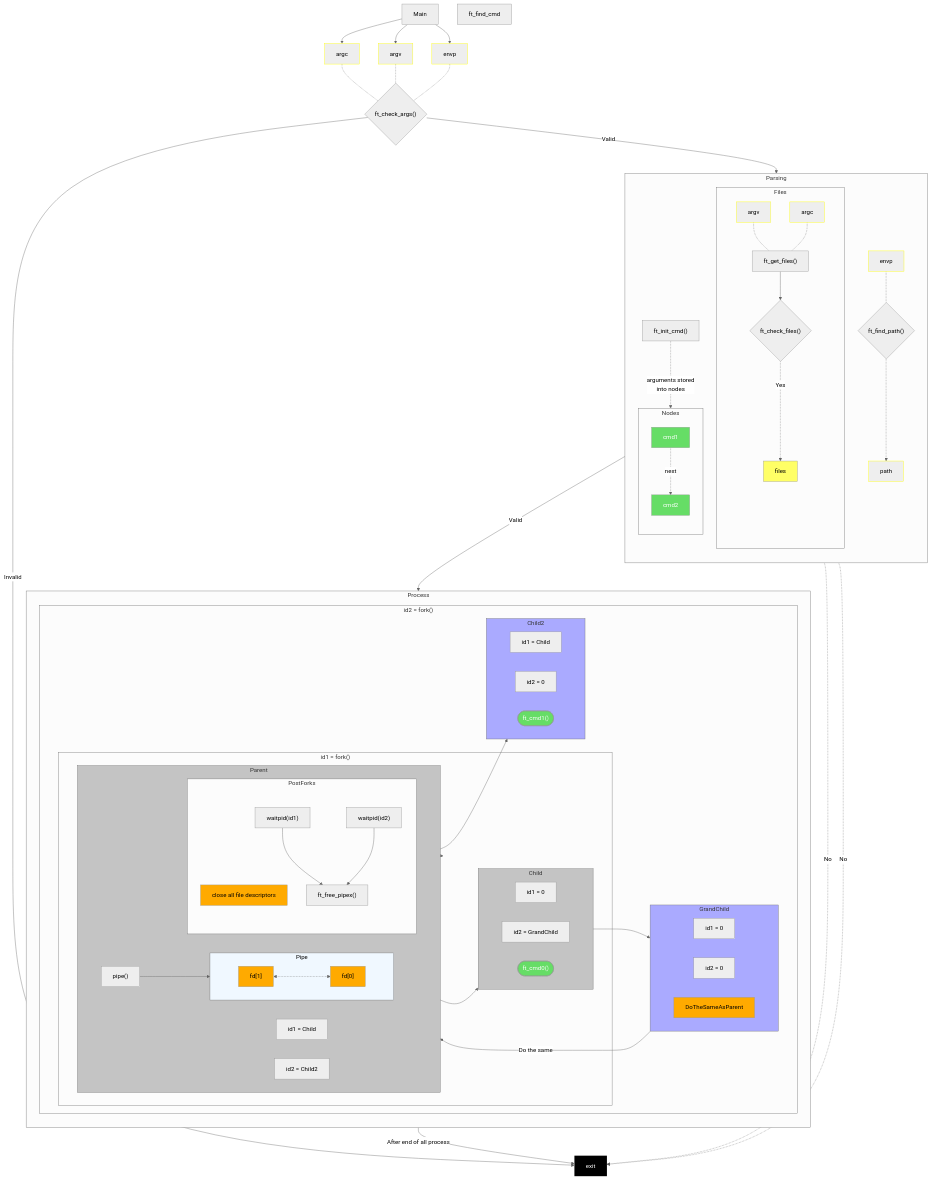
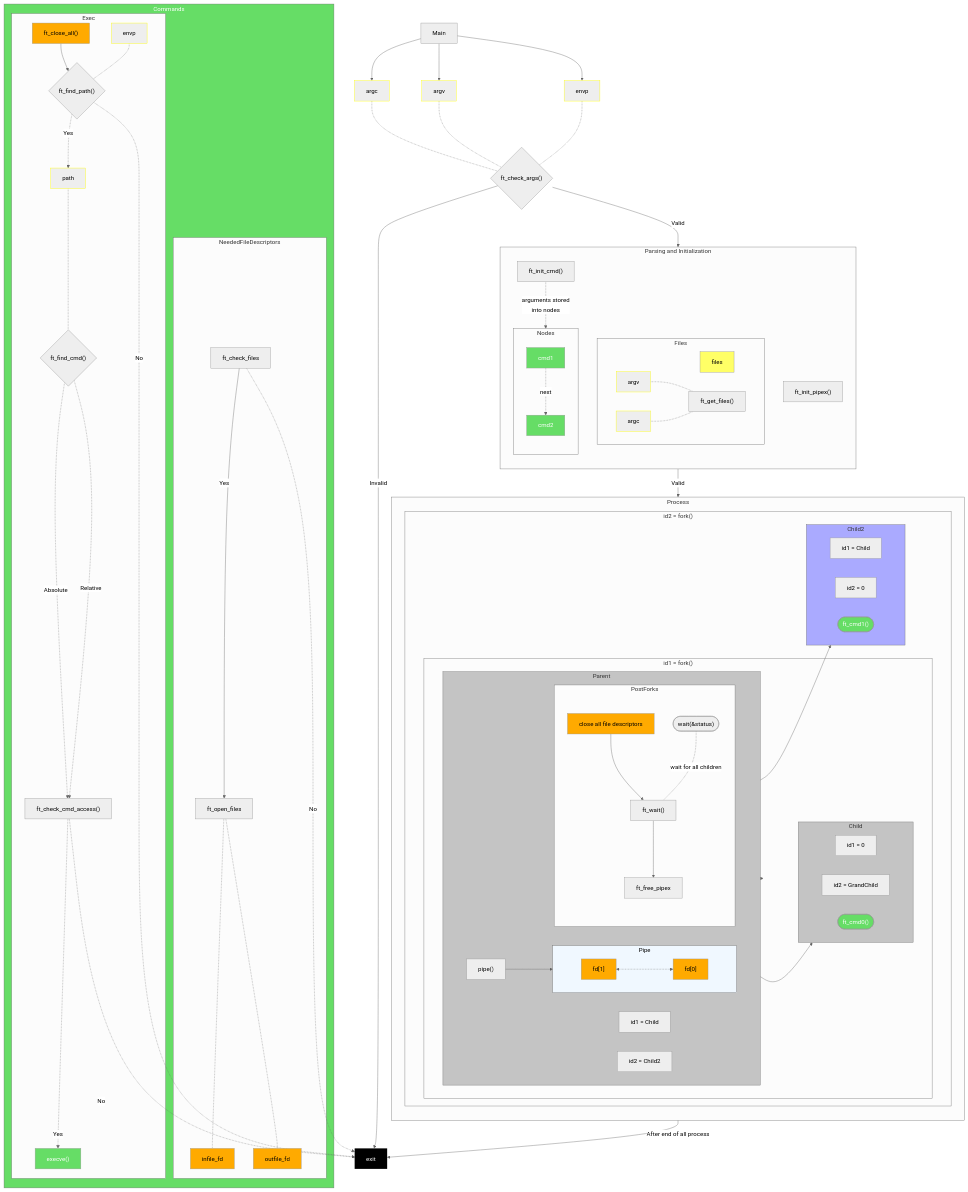
The second of 11 diagrams in Pipex/README.md (Tablerase/42_Projects), drawn with Mermaid (neutral theme) before and after one commit. The commit also changed other lines of this file, not shown here.

Commit message:
update to schema of the project

````diff
--- a/Pipex/README.md
+++ b/Pipex/README.md
@@ -106,7 +106,7 @@
   envp -.- ft_check_args
   ft_check_args --> |Valid| A
   ft_check_args --> |Invalid| exit:::exit
-  subgraph A["Parsing"]
+  subgraph A["Parsing and Initialization"]
     direction TB
     subgraph Files
       files:::file
@@ -114,17 +114,13 @@
       argc2[argc]:::data
       argv2 -.- ft_get_files["ft_get_files()"]
       argc2 -.- ft_get_files
-      ft_get_files --> ft_check_files{"ft_check_files()"}
-      ft_check_files -.->|Yes| files
     end
+    ft_init_pipex["ft_init_pipex()"]
+    ft_init_cmd["ft_init_cmd()"] -.->|arguments stored\ninto nodes| Nodes
     subgraph Nodes
       direction TB
       cmd1:::cmd -.->|next| cmd2:::cmd
     end
-    ft_init_cmd["ft_init_cmd()"] -.->|arguments stored\ninto nodes| Nodes
-    path:::data
-    envp2[envp]:::data -.- ft_find_path{"ft_find_path()"}
-    ft_find_path -.-> path
   end
   A --> |Valid| B
   subgraph B["Process"]
@@ -143,10 +139,9 @@
           id2["id2 = Child2"]
           subgraph PostForks
             close_all_fd["close all file descriptors"]:::filedescriptor
-            waitpid["waitpid(id1)"]
-            waitpid2["waitpid(id2)"]
-            waitpid --> ft_free_pipex["ft_free_pipex()"]
-            waitpid2 --> ft_free_pipex
+            close_all_fd --> ft_wait
+            wait(["wait(&status)"]) -.- |wait for all children| ft_wait
+            ft_wait["ft_wait()"] --> ft_free_pipex
           end
         end
         subgraph Child
@@ -157,13 +152,6 @@
         Parent:::fork1 --> Child:::fork1
       end
       Parent --> Child2:::fork2
-      Child --> GrandChild:::fork2
-      subgraph GrandChild
-        id5["id1 = 0"]
-        id6["id2 = 0"]
-        DoTheSameAsParent:::filedescriptor
-      end
-      GrandChild -->|Do the same| Parent
       subgraph Child2
         id7["id1 = Child"]
         id8["id2 = 0"]
@@ -171,8 +159,29 @@
       end
     end
   end
-  B -->|After end of all process| exit
-  ft_find_cmd
+  Commands:::cmd
+  subgraph Commands
+    subgraph NeededFileDescriptors
+      ft_check_files
+      ft_check_files --> |Yes| ft_open_files
+      ft_open_files -.- infile_fd:::filedescriptor
+      ft_open_files -.- outfile_fd:::filedescriptor
+    end
+    subgraph Exec
+      ft_close_all["ft_close_all()"]:::filedescriptor
+      ft_close_all --> ft_find_path
+      path:::data
+      envp2[envp]:::data -.- ft_find_path{"ft_find_path()"}
+      ft_find_path -.-> |Yes| path
+      path -.- ft_find_cmd{"ft_find_cmd()"}
+      ft_find_cmd -.-> |Absolute| ft_check_cmd_access["ft_check_cmd_access()"]
+      ft_find_cmd -.-> |Relative| ft_check_cmd_access
+      execve1["execve()"]:::cmd
+      ft_check_cmd_access -.-> |Yes| execve1
+    end
+  end
+  ft_check_cmd_access -.-> |No| exit:::exit
   ft_find_path -.->|No| exit
   ft_check_files -.->|No| exit
+  B -->|After end of all process| exit
 ```
````
